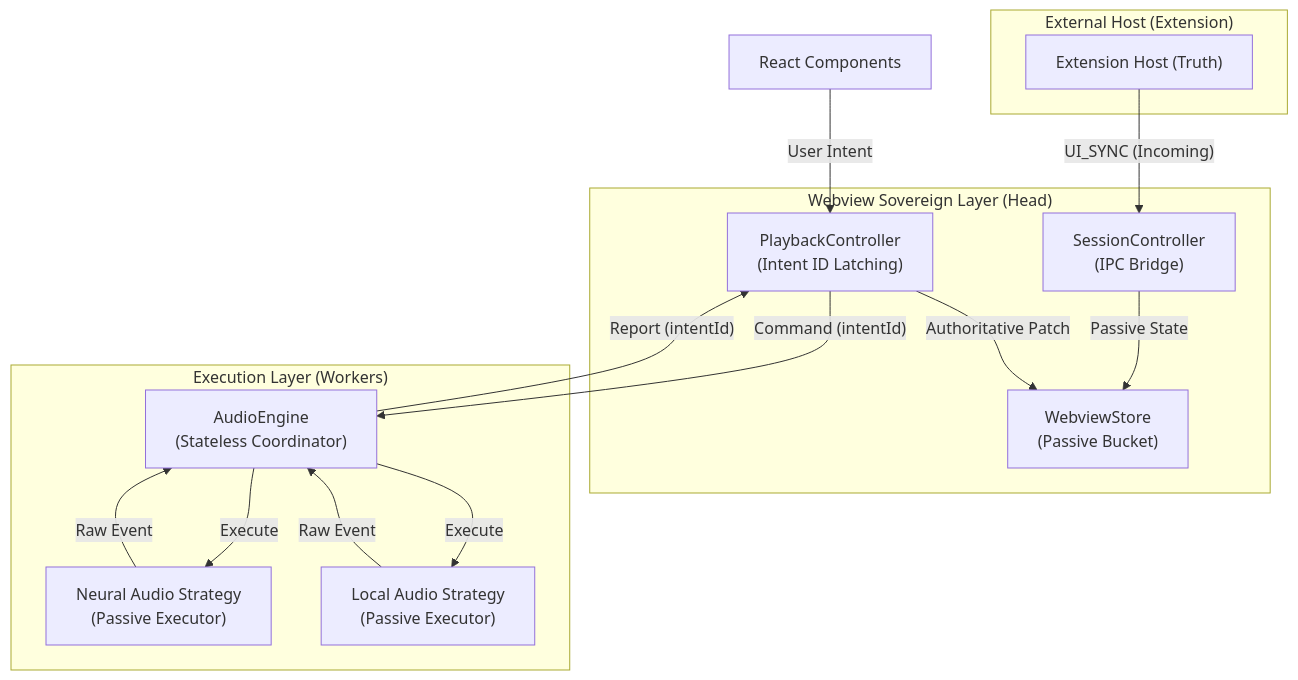
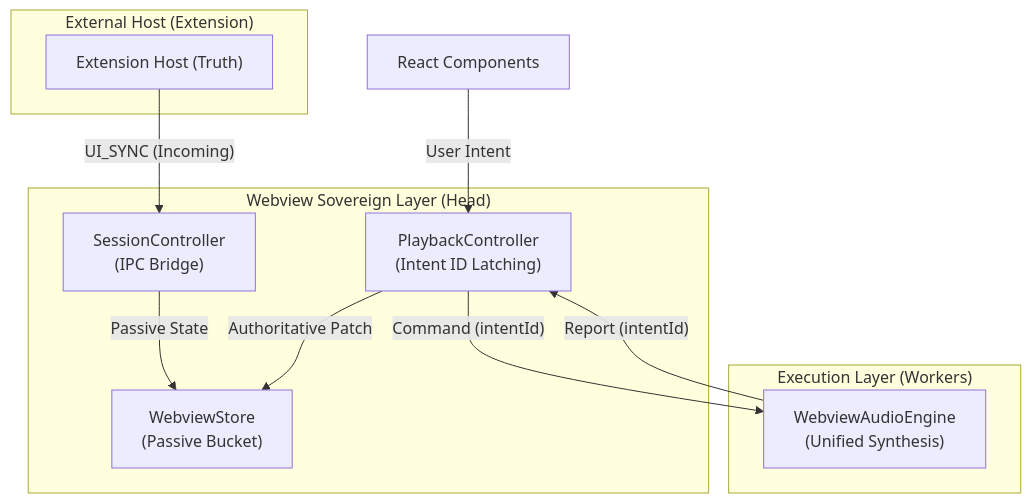
The first of 2 diagrams in .agent/skills/state_auditor/SKILL.md (IdanDavidAviv/virgo), drawn with Mermaid before and after one commit. The commit also changed 5 other files, not shown here.

First line of the commit message:
arch: finalize unified synthesis pipeline transition (v2.4.1)

````diff
--- a/.agent/skills/state_auditor/SKILL.md
+++ b/.agent/skills/state_auditor/SKILL.md
@@ -15,34 +15,28 @@
 ```mermaid
 graph TD
     subgraph "External Host (Extension)"
         Host["Extension Host (Truth)"]
     end
 
     subgraph "Webview Sovereign Layer (Head)"
         HC["PlaybackController<br/>(Intent ID Latching)"]
         SC["SessionController<br/>(IPC Bridge)"]
         Store["WebviewStore<br/>(Passive Bucket)"]
     end
 
     subgraph "Execution Layer (Workers)"
-        EG["AudioEngine<br/>(Stateless Coordinator)"]
-        NAS["Neural Audio Strategy<br/>(Passive Executor)"]
-        LAS["Local Audio Strategy<br/>(Passive Executor)"]
+        EG["WebviewAudioEngine<br/>(Unified Synthesis)"]
     end
 
     %% IPC sync
     Host -- "UI_SYNC (Incoming)" --> SC
     SC -- "Passive State" --> Store
     
     %% Intent Flow
     UI["React Components"] -- "User Intent" --> HC
     HC -- "Command (intentId)" --> EG
-    EG -- "Execute" --> NAS
-    EG -- "Execute" --> LAS
     
     %% Event Bubbling
-    NAS -- "Raw Event" --> EG
-    LAS -- "Raw Event" --> EG
     EG -- "Report (intentId)" --> HC
     HC -- "Authoritative Patch" --> Store
 ```
````
